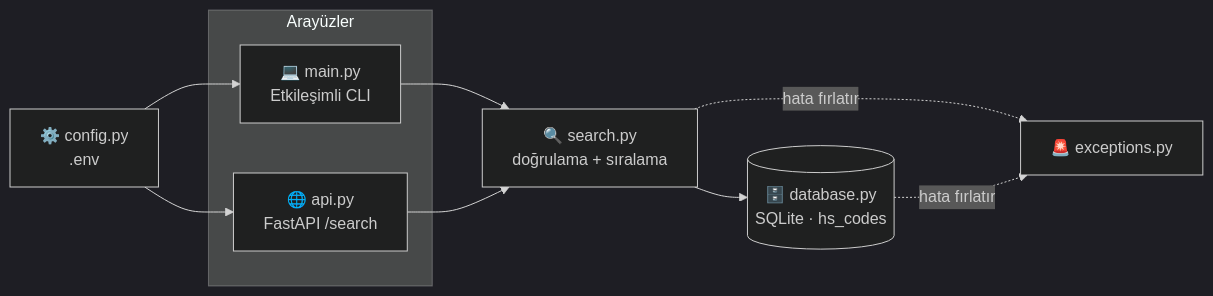
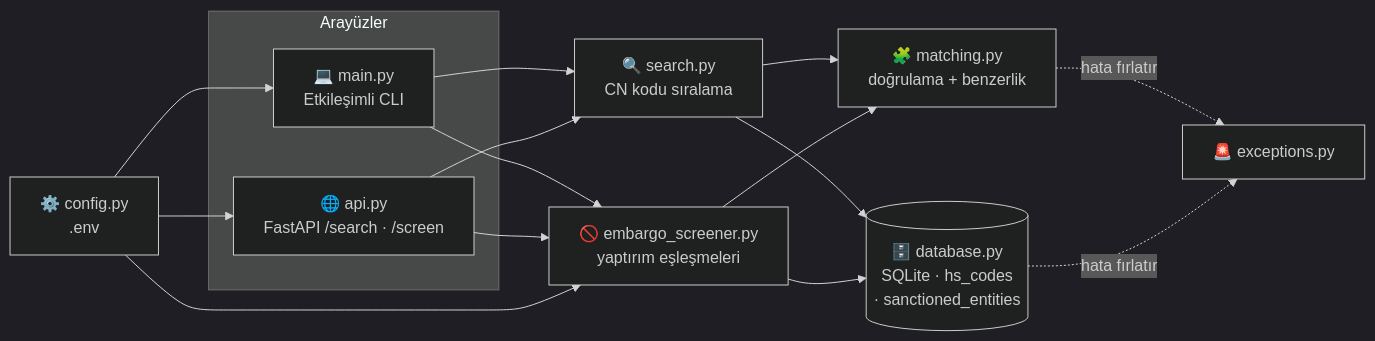
One commit to Mutersec/CustomsIQ changed the first of 2 diagrams in README.tr.md. Above: the diagram before and after it, drawn with Mermaid (dark theme). The commit also changed other lines of this file and 16 other files, not shown here.

````diff
--- a/README.tr.md
+++ b/README.tr.md
@@ -73,20 +76,28 @@
 ```mermaid
 flowchart LR
     subgraph Arayuzler["Arayüzler"]
         CLI["💻 main.py<br/>Etkileşimli CLI"]
-        API["🌐 api.py<br/>FastAPI /search"]
+        API["🌐 api.py<br/>FastAPI /search · /screen"]
     end
 
-    CORE["🔍 search.py<br/>doğrulama + sıralama"]
-    DB[("🗄️ database.py<br/>SQLite · hs_codes")]
+    SEARCH["🔍 search.py<br/>CN kodu sıralama"]
+    SCREEN["🚫 embargo_screener.py<br/>yaptırım eşleşmeleri"]
+    MATCH["🧩 matching.py<br/>doğrulama + benzerlik"]
+    DB[("🗄️ database.py<br/>SQLite · hs_codes<br/>· sanctioned_entities")]
     EXC["🚨 exceptions.py"]
     CFG["⚙️ config.py<br/>.env"]
 
-    CLI --> CORE
-    API --> CORE
-    CORE --> DB
-    CORE -. hata fırlatır .-> EXC
+    CLI --> SEARCH
+    CLI --> SCREEN
+    API --> SEARCH
+    API --> SCREEN
+    SEARCH --> MATCH
+    SCREEN --> MATCH
+    SEARCH --> DB
+    SCREEN --> DB
+    MATCH -. hata fırlatır .-> EXC
     DB -. hata fırlatır .-> EXC
     CFG --> CLI
     CFG --> API
+    CFG --> SCREEN
 ```
````
